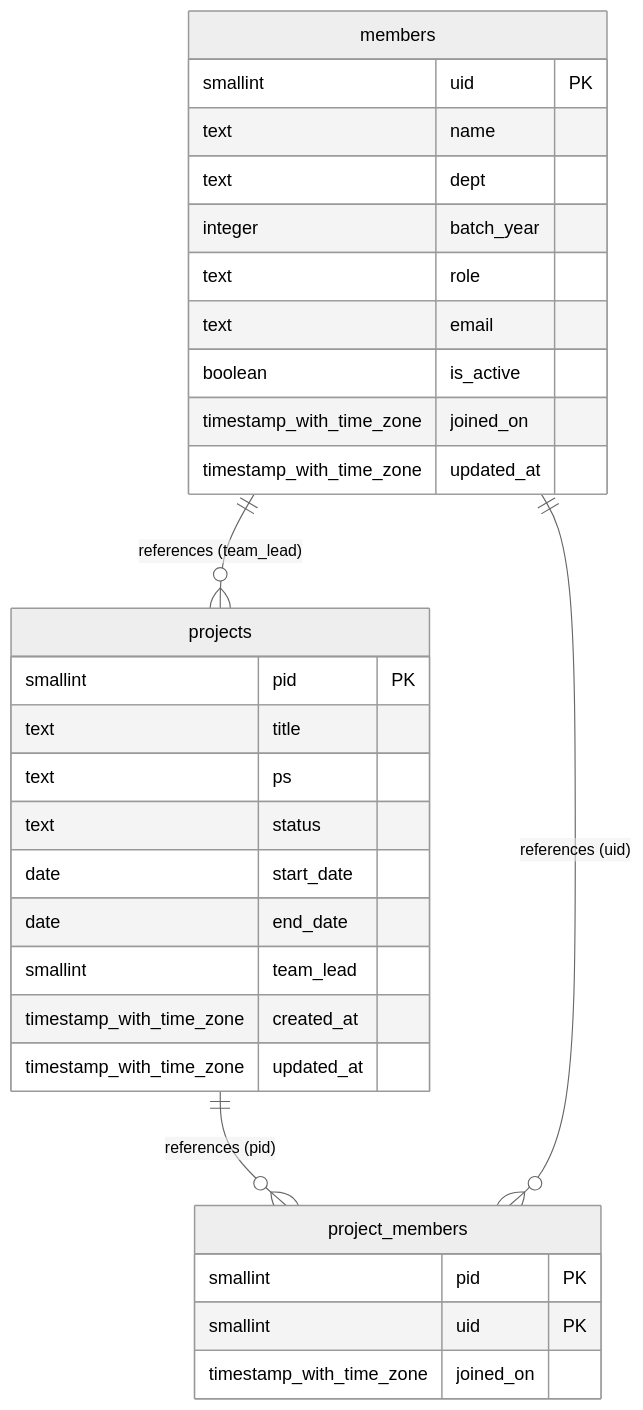
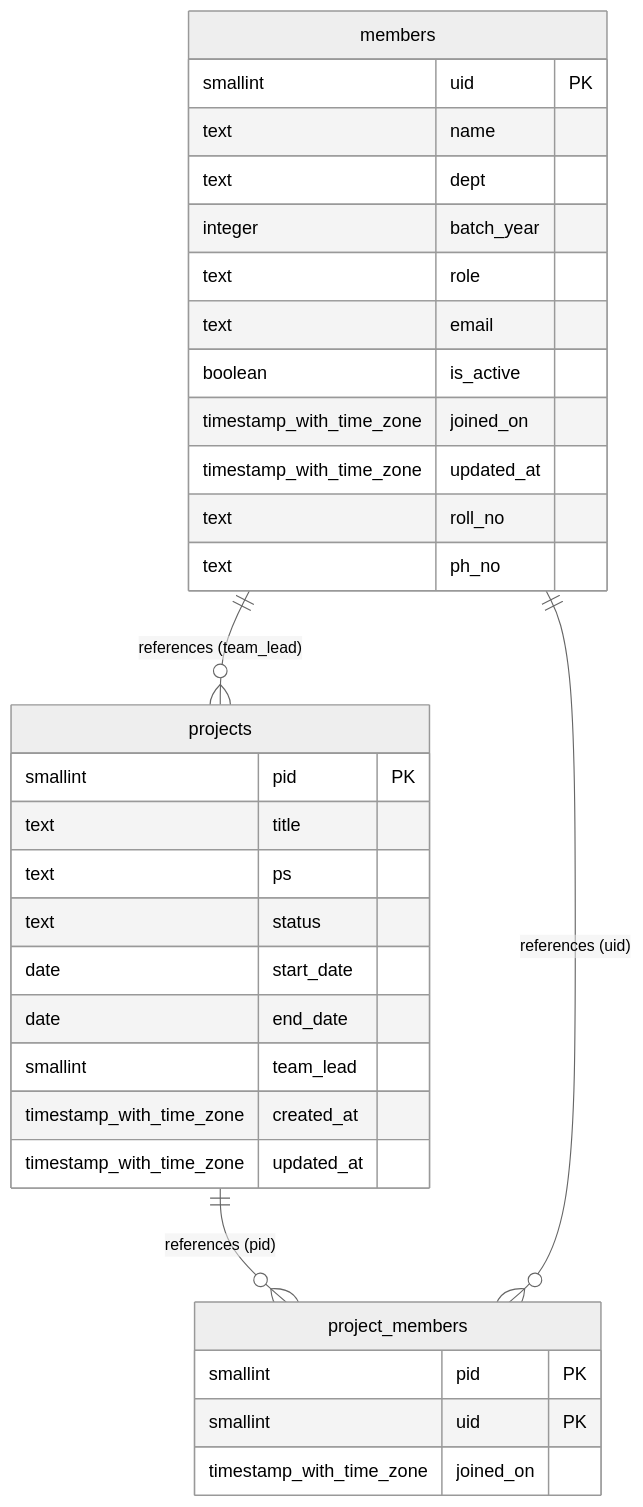
One commit to IDEA-Amrita/supabase-gitops changed the diagram in docs/schema.md. Above: the diagram before and after it, drawn with Mermaid (neutral theme). The commit also changed other lines of this file, not shown here.

Commit message:
docs(schema): update database schema docs and ER diagram

````diff
--- a/docs/schema.md
+++ b/docs/schema.md
@@ -7,33 +7,35 @@
 ```mermaid
 erDiagram
     members ||--o{ projects : "references (team_lead)"
     projects ||--o{ project_members : "references (pid)"
     members ||--o{ project_members : "references (uid)"
     members {
         smallint uid PK
         text name
         text dept
         integer batch_year
         text role
         text email
         boolean is_active
         timestamp_with_time_zone joined_on
         timestamp_with_time_zone updated_at
+        text roll_no
+        text ph_no
     }
     project_members {
         smallint pid PK
         smallint uid PK
         timestamp_with_time_zone joined_on
     }
     projects {
         smallint pid PK
         text title
         text ps
         text status
         date start_date
         date end_date
         smallint team_lead
         timestamp_with_time_zone created_at
         timestamp_with_time_zone updated_at
     }
 ```
````
